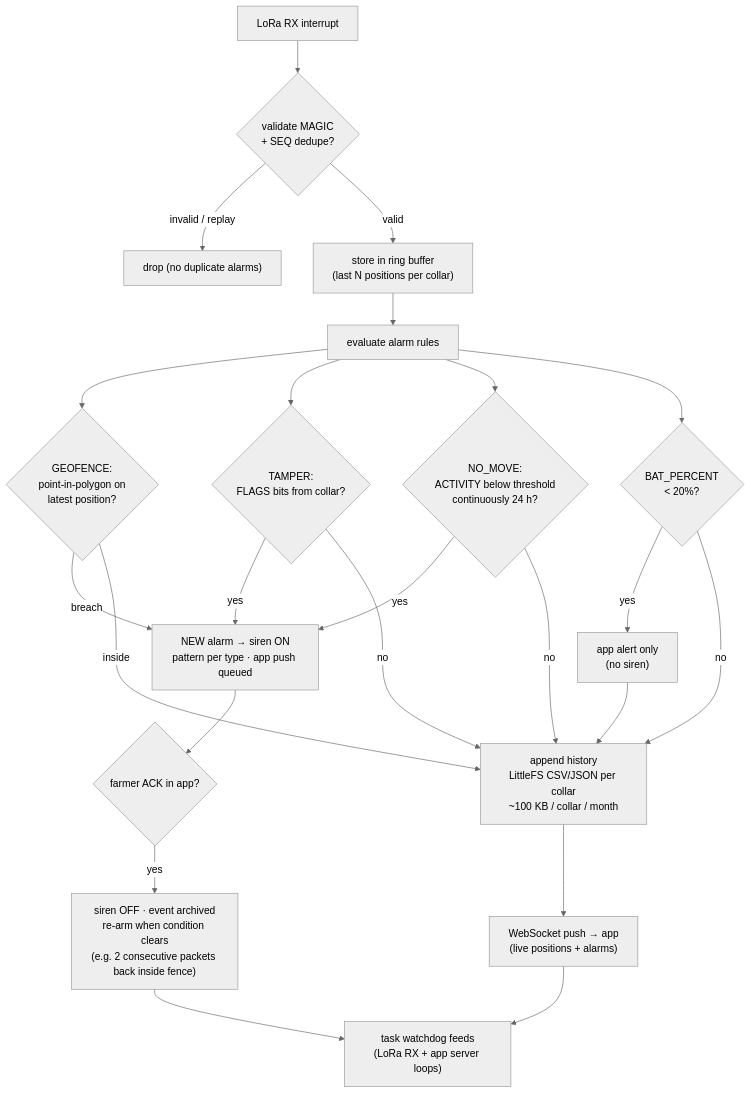
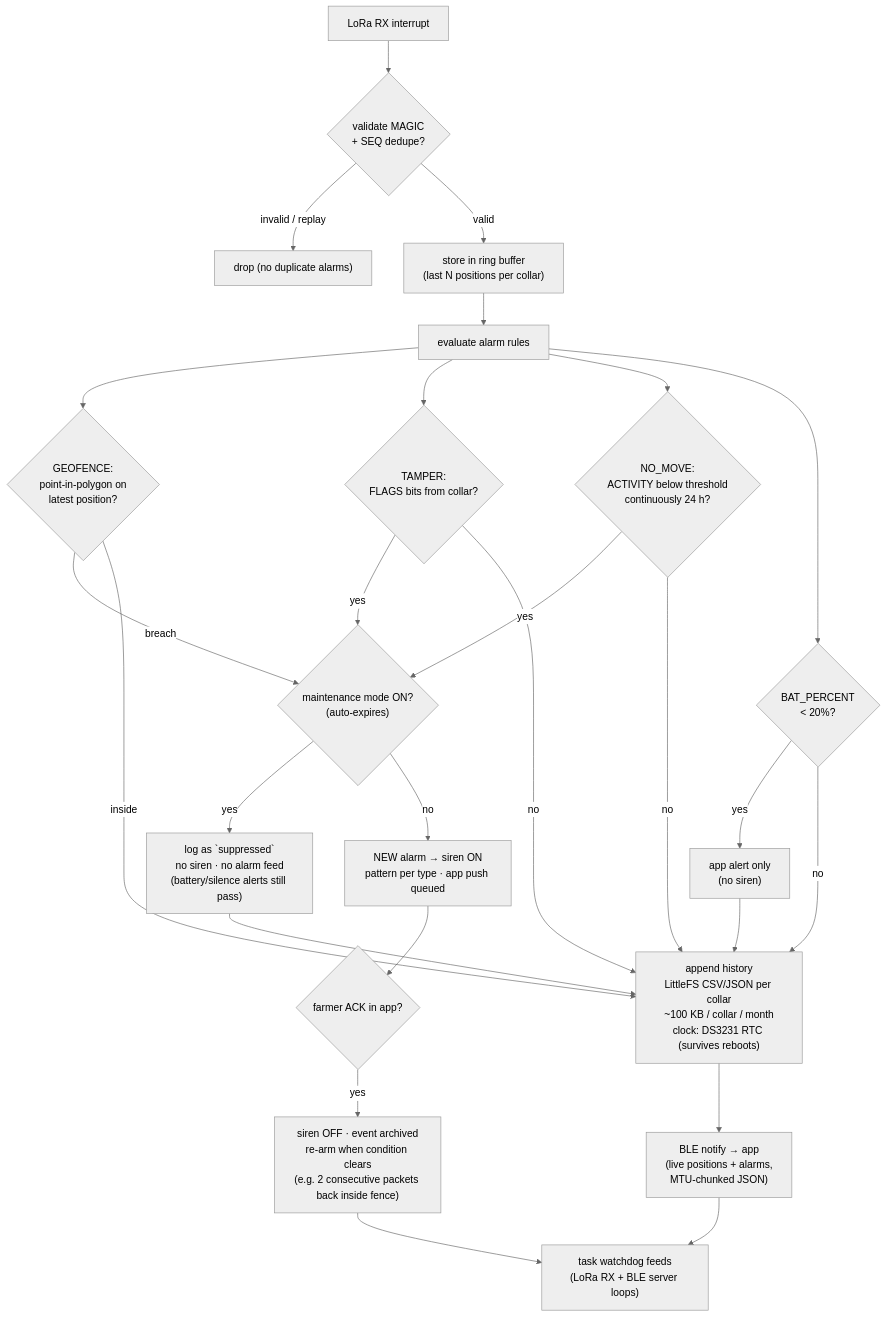
The second of 4 diagrams in docs/FLOWCHART.md (qppd/smart-collar), drawn with Mermaid (neutral theme) before and after one commit. The commit also changed other lines of this file and 17 other files, not shown here.

First line of the commit message:
Docs: complete offline-first build guide with wiring diagram and Map Pack

````diff
--- a/docs/FLOWCHART.md
+++ b/docs/FLOWCHART.md
@@ -39,27 +42,29 @@
 ```mermaid
 flowchart TB
     RX["LoRa RX interrupt"] --> VAL{"validate MAGIC<br/>+ SEQ dedupe?"}
     VAL -- "invalid / replay" --> DROP["drop (no duplicate alarms)"]
     VAL -- "valid" --> RING["store in ring buffer<br/>(last N positions per collar)"]
     RING --> RULES["evaluate alarm rules"]
     RULES --> GEOF{"GEOFENCE:<br/>point-in-polygon on<br/>latest position?"}
     RULES --> TAMP{"TAMPER:<br/>FLAGS bits from collar?"}
     RULES --> NOMOVE{"NO_MOVE:<br/>ACTIVITY below threshold<br/>continuously 24 h?"}
     RULES --> BATT{"BAT_PERCENT<br/>&lt; 20%?"}
     BATT -- "yes" --> APPLERT["app alert only<br/>(no siren)"]
     BATT -- "no" --> HIST
-    GEOF -- "breach" --> ALARM
-    TAMP -- "yes" --> ALARM
-    NOMOVE -- "yes" --> ALARM
-    ALARM["NEW alarm → siren ON<br/>pattern per type · app push queued"]
+    GEOF -- "breach" --> MAINT{"maintenance mode ON?<br/>(auto-expires)"}
+    TAMP -- "yes" --> MAINT
+    NOMOVE -- "yes" --> MAINT
+    MAINT -- "yes" --> SUPPRESS["log as `suppressed`<br/>no siren · no alarm feed<br/>(battery/silence alerts still pass)"]
+    SUPPRESS --> HIST
+    MAINT -- "no" --> ALARM["NEW alarm → siren ON<br/>pattern per type · app push queued"]
     ALARM --> ACKQ{"farmer ACK in app?"}
     ACKQ -- "yes" --> SIRENOFF["siren OFF · event archived<br/>re-arm when condition clears<br/>(e.g. 2 consecutive packets back inside fence)"]
     GEOF -- "inside" --> HIST
     TAMP -- "no" --> HIST
     NOMOVE -- "no" --> HIST
-    HIST["append history<br/>LittleFS CSV/JSON per collar<br/>~100 KB / collar / month"]
-    HIST --> PUSH["WebSocket push → app<br/>(live positions + alarms)"]
-    PUSH --> WDOGB["task watchdog feeds<br/>(LoRa RX + app server loops)"]
+    HIST["append history<br/>LittleFS CSV/JSON per collar<br/>~100 KB / collar / month<br/>clock: DS3231 RTC (survives reboots)"]
+    HIST --> PUSH["BLE notify → app<br/>(live positions + alarms,<br/>MTU-chunked JSON)"]
+    PUSH --> WDOGB["task watchdog feeds<br/>(LoRa RX + BLE server loops)"]
     SIRENOFF --> WDOGB
     APPLERT --> HIST
 ```
````
